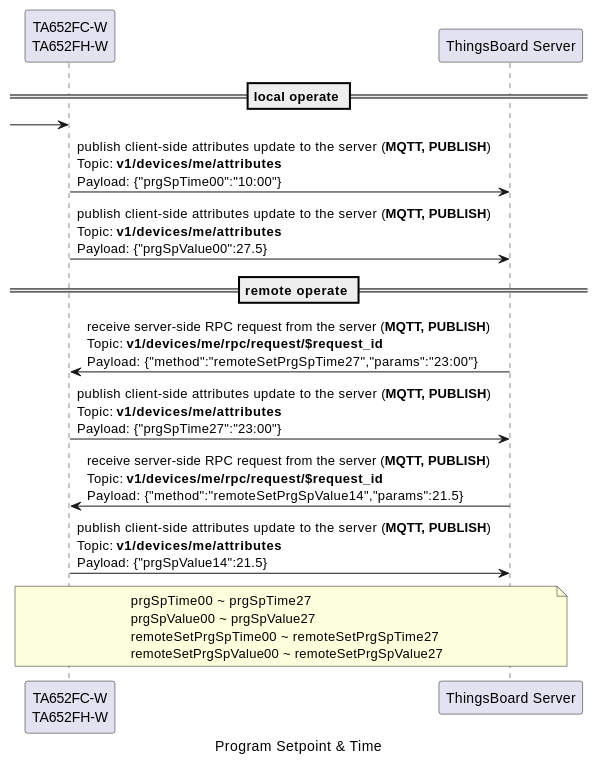
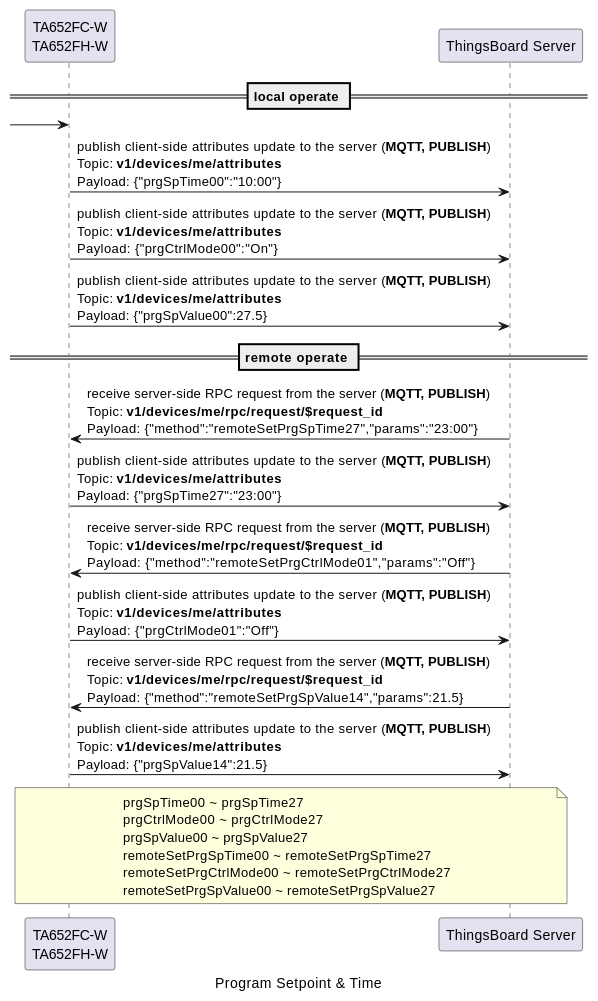
The eighth of 17 diagrams in docs/device/ta652fc-w/ta652fc-w-mqtt-api.rst (avantec-iot/avantec-thingsboard), drawn with PlantUML before and after one commit. The commit also changed other lines of this file, not shown here.

Commit message:
update api doc for supporting on/off schedule

```diff
--- a/docs/device/ta652fc-w/ta652fc-w-mqtt-api.rst
+++ b/docs/device/ta652fc-w/ta652fc-w-mqtt-api.rst
@@ -345,24 +355,29 @@
   .. uml::
 
     caption  Program Setpoint & Time
 
     participant "TA652FC-W\nTA652FH-W" as TBDev order 10
     participant "ThingsBoard Server"  as TBSrv order 20 
 
     == local operate ==
     [-> TBDev 
     TBDev  ->  TBSrv: publish client-side attributes update to the server (**MQTT, PUBLISH**) \nTopic: **v1/devices/me/attributes** \nPayload: {"prgSpTime00":"10:00"}
+    TBDev  ->  TBSrv: publish client-side attributes update to the server (**MQTT, PUBLISH**) \nTopic: **v1/devices/me/attributes** \nPayload: {"prgCtrlMode00":"On"}
     TBDev  ->  TBSrv: publish client-side attributes update to the server (**MQTT, PUBLISH**) \nTopic: **v1/devices/me/attributes** \nPayload: {"prgSpValue00":27.5}
 
     == remote operate ==
     TBDev  <-  TBSrv: receive server-side RPC request from the server (**MQTT, PUBLISH**) \nTopic: **v1/devices/me/rpc/request/$request_id** \nPayload: {"method":"remoteSetPrgSpTime27","params":"23:00"}
     TBDev  ->  TBSrv: publish client-side attributes update to the server (**MQTT, PUBLISH**) \nTopic: **v1/devices/me/attributes** \nPayload: {"prgSpTime27":"23:00"}
+    TBDev  <-  TBSrv: receive server-side RPC request from the server (**MQTT, PUBLISH**) \nTopic: **v1/devices/me/rpc/request/$request_id** \nPayload: {"method":"remoteSetPrgCtrlMode01","params":"Off"}
+    TBDev  ->  TBSrv: publish client-side attributes update to the server (**MQTT, PUBLISH**) \nTopic: **v1/devices/me/attributes** \nPayload: {"prgCtrlMode01":"Off"}
     TBDev  <-  TBSrv: receive server-side RPC request from the server (**MQTT, PUBLISH**) \nTopic: **v1/devices/me/rpc/request/$request_id** \nPayload: {"method":"remoteSetPrgSpValue14","params":21.5}
     TBDev  ->  TBSrv: publish client-side attributes update to the server (**MQTT, PUBLISH**) \nTopic: **v1/devices/me/attributes** \nPayload: {"prgSpValue14":21.5}
 
     note over TBDev, TBSrv
     prgSpTime00  ~ prgSpTime27
+    prgCtrlMode00 ~ prgCtrlMode27
     prgSpValue00 ~ prgSpValue27
     remoteSetPrgSpTime00  ~ remoteSetPrgSpTime27
+    remoteSetPrgCtrlMode00 ~ remoteSetPrgCtrlMode27
     remoteSetPrgSpValue00 ~ remoteSetPrgSpValue27
     end note
```
